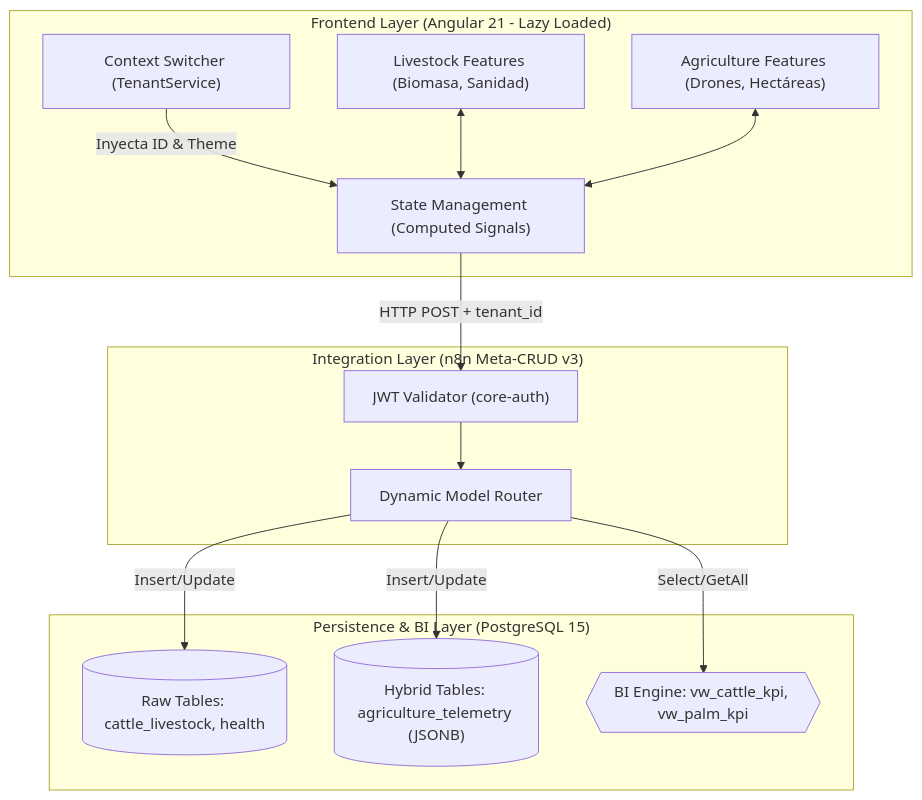
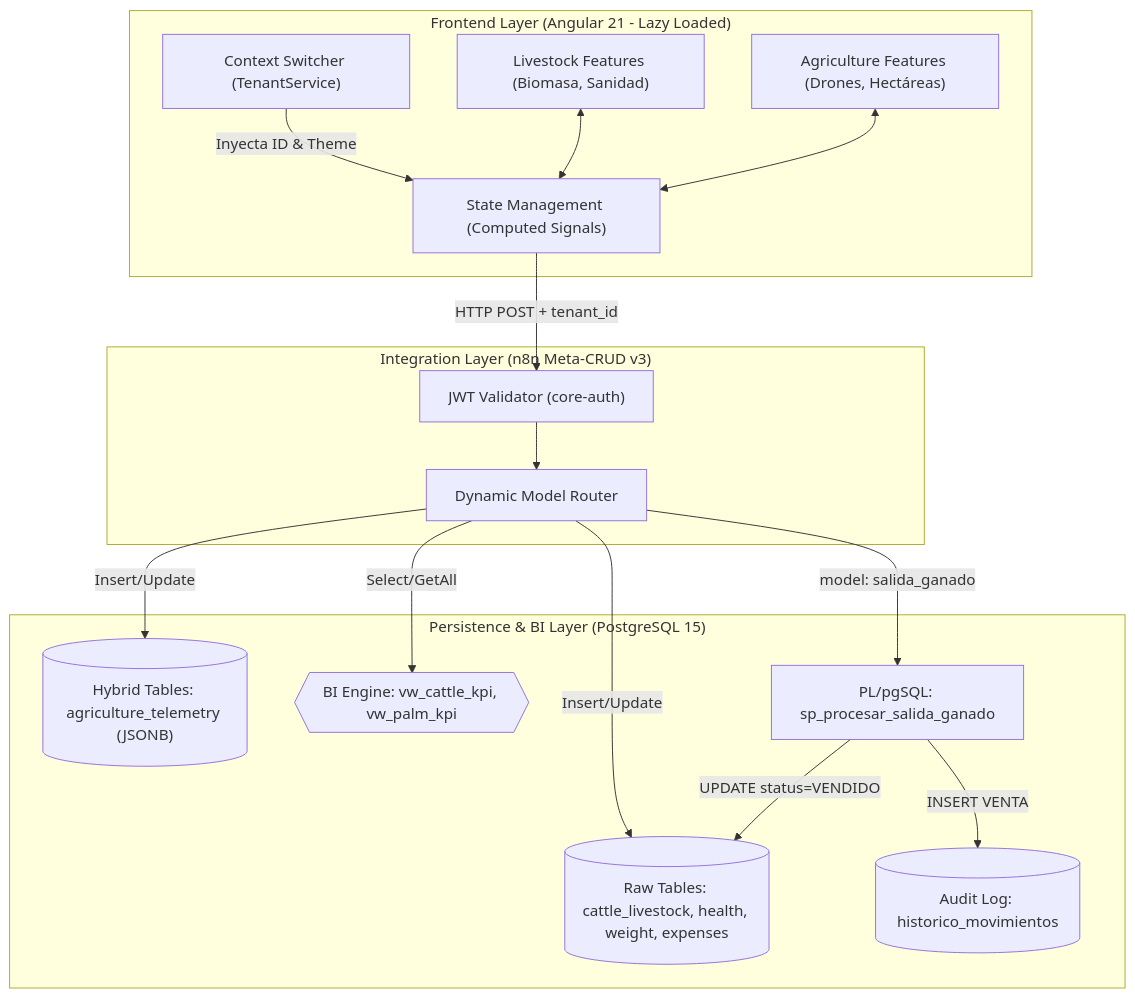
Before and after one commit to fjpimienta/n8n-enterprise-automation-suite: the diagram in hosting3m-workspace/projects/agro-erp/docs/ARCHITECTURE.md, drawn with Mermaid. The commit also changed other lines of this file and 5 other files, not shown here.

First line of the commit message:
docs(agro-erp): align v1.8.0 docs with real DB schema and PL/pgSQL engine

````diff
--- a/hosting3m-workspace/projects/agro-erp/docs/ARCHITECTURE.md
+++ b/hosting3m-workspace/projects/agro-erp/docs/ARCHITECTURE.md
@@ -46,32 +46,37 @@
 ```mermaid
 graph TD
     subgraph "Frontend Layer (Angular 21 - Lazy Loaded)"
         CS["Context Switcher (TenantService)"]
         UI_Cattle["Livestock Features (Biomasa, Sanidad)"]
         UI_Palm["Agriculture Features (Drones, Hectáreas)"]
         Signals["State Management (Computed Signals)"]
         
         CS -->|Inyecta ID & Theme| Signals
         UI_Cattle <--> Signals
         UI_Palm <--> Signals
     end
 
     subgraph "Integration Layer (n8n Meta-CRUD v3)"
         Auth["JWT Validator (core-auth)"]
         Router["Dynamic Model Router"]
         
         Signals -->|HTTP POST + tenant_id| Auth
         Auth --> Router
     end
     
     subgraph "Persistence & BI Layer (PostgreSQL 15)"
-        Table_Cattle[("Raw Tables: cattle_livestock, health")]
+        Table_Cattle[("Raw Tables: cattle_livestock, health, weight, expenses")]
+        Table_Historico[("Audit Log: historico_movimientos")]
         Table_Palm[("Hybrid Tables: agriculture_telemetry (JSONB)")]
         View_BI{{"BI Engine: vw_cattle_kpi, vw_palm_kpi"}}
+        SP_Salida["PL/pgSQL: sp_procesar_salida_ganado"]
         
         Router -->|Insert/Update| Table_Cattle
         Router -->|Insert/Update| Table_Palm
         Router -->|Select/GetAll| View_BI
+        Router -->|model: salida_ganado| SP_Salida
+        SP_Salida -->|UPDATE status=VENDIDO| Table_Cattle
+        SP_Salida -->|INSERT VENTA| Table_Historico
     end
 
 ```
````
